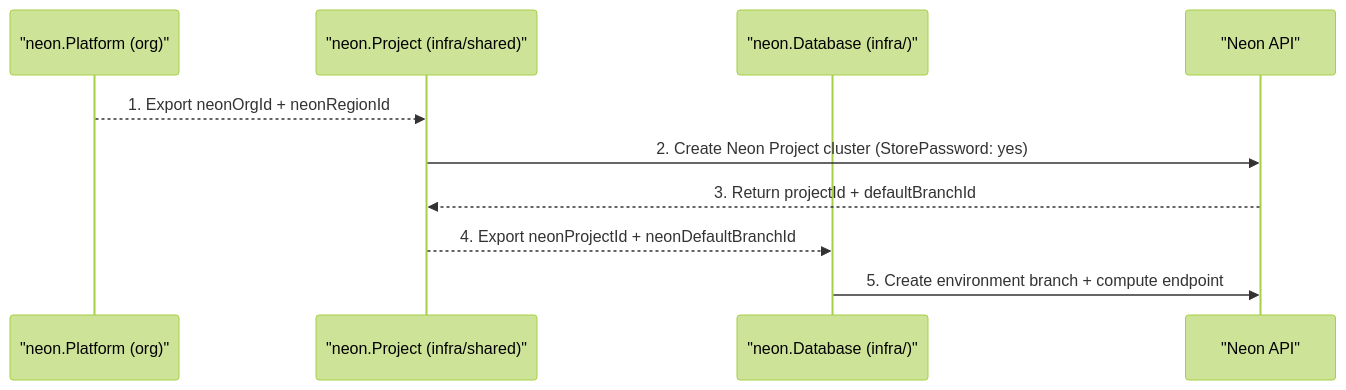
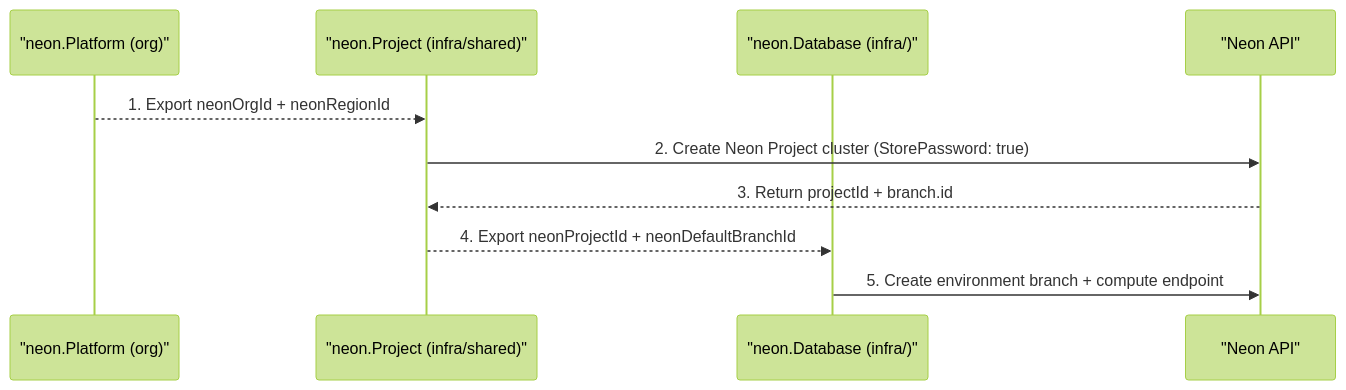
Before and after one commit to cloudvoyant/openbase: the second of 2 diagrams in docs/architecture/providers/neon/index.md, drawn with Mermaid (forest theme). The commit also changed other lines of this file and 127 other files, not shown here.

````diff
--- a/docs/architecture/providers/neon/index.md
+++ b/docs/architecture/providers/neon/index.md
@@ -49,13 +49,13 @@
 ```mermaid
 sequenceDiagram
     participant Plat as "neon.Platform (org)"
     participant Proj as "neon.Project (infra/shared)"
     participant DB as "neon.Database (infra/)"
     participant Neon as "Neon API"
 
     Plat-->>Proj: 1. Export neonOrgId + neonRegionId
-    Proj->>Neon: 2. Create Neon Project cluster (StorePassword: yes)
-    Neon-->>Proj: 3. Return projectId + defaultBranchId
+    Proj->>Neon: 2. Create Neon Project cluster (StorePassword: true)
+    Neon-->>Proj: 3. Return projectId + branch.id
     Proj-->>DB: 4. Export neonProjectId + neonDefaultBranchId
     DB->>Neon: 5. Create environment branch + compute endpoint
 ```
````
